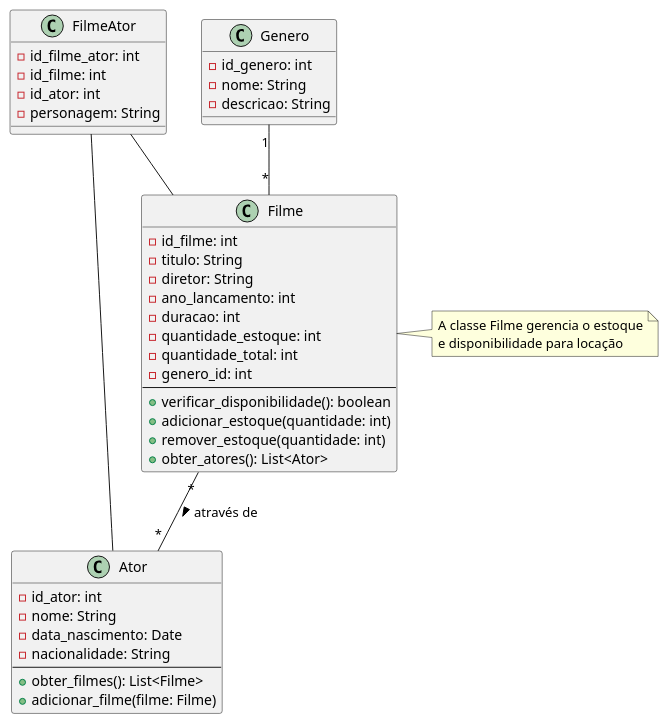
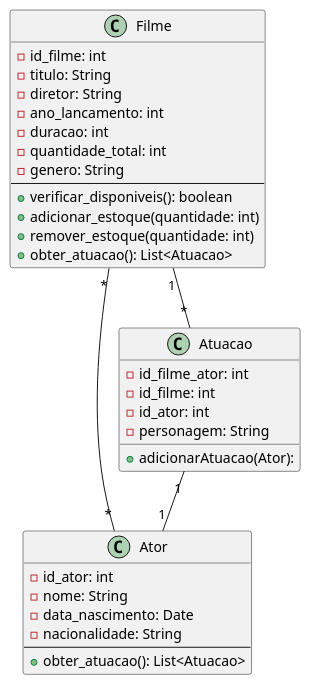
The diagram in locadora.wsd (Ricardotecone/sistema-de-cadastro-e-catalogo-de-filmes-para-locadora), drawn with PlantUML before and after one commit.

Commit message:
troca de classes uml no arquivo wsd

```diff
--- a/locadora.wsd
+++ b/locadora.wsd
@@ -1,69 +1,54 @@
-@startuml locadora
-
+@startuml
 /'
 Sistema de Cadastro de Filmes para Locadora
 Diagrama de Classes UML
 Desenvolvido por: Ricardo e Alexsandro
 '/
 
 ' Classe principal representando um filme
 class Filme {
   - id_filme: int
   ' Título do filme (obrigatório)
   - titulo: String
   - diretor: String
   - ano_lancamento: int
   - duracao: int
   ' Quantidade disponível para locação
-  - quantidade_estoque: int
   - quantidade_total: int
-  - genero_id: int
+  - genero: String
   --
-  + verificar_disponibilidade(): boolean
+  + verificar_disponiveis(): boolean
   + adicionar_estoque(quantidade: int)
   + remover_estoque(quantidade: int)
-  + obter_atores(): List<Ator>
+  + obter_atuacao(): List<Atuacao>
 }
 
 ' Classe representando atores dos filmes
 class Ator {
   - id_ator: int
   - nome: String
   - data_nascimento: Date
   - nacionalidade: String
   --
-  + obter_filmes(): List<Filme>
-  + adicionar_filme(filme: Filme)
+  + obter_atuacao(): List<Atuacao>
 }
 
 ' Classe para categorização dos filmes
-class Genero {
-  - id_genero: int
-  - nome: String
-  - descricao: String
-}
-
 /'
 Classe de associação para resolver
 a relação muitos-para-muitos entre
 Filme e Ator
 '/
-class FilmeAtor {
+class Atuacao{
   - id_filme_ator: int
   - id_filme: int
   - id_ator: int
   - personagem: String
++ adicionarAtuacao(Ator): 
 }
 
 ' Relações entre as classes
-Genero "1" -- "*" Filme
-Filme "*" -- "*" Ator : através de >
-FilmeAtor -- Filme
-FilmeAtor -- Ator
-
-note right of Filme
-  A classe Filme gerencia o estoque
-  e disponibilidade para locação
-end note
-
+Filme "*" -- "*" Ator 
+Atuacao "1" -- "1" Ator
+Filme "1" -- "*" Atuacao
 @enduml
```
